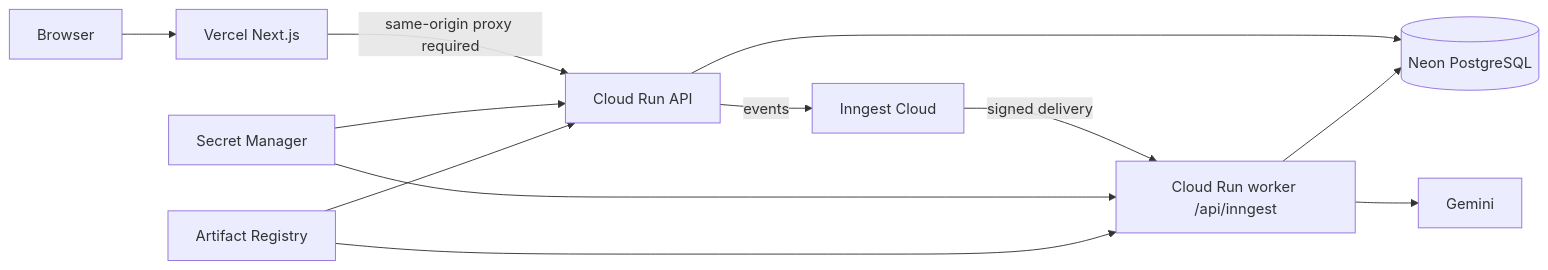
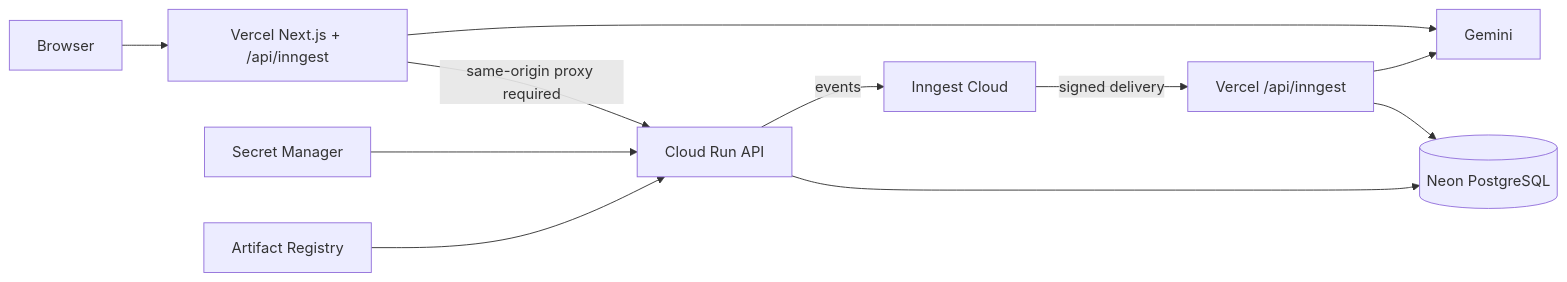
Before and after one commit to kartikey2004-git/BookLeaf: the first of 2 diagrams in docs/deployment/production-deployment-guide.md, drawn with Mermaid. The commit also changed other lines of this file and 13 other files, not shown here.

First line of the commit message:
refactor(jobs): retire worker-era artifacts after serverless migration

````diff
--- a/docs/deployment/production-deployment-guide.md
+++ b/docs/deployment/production-deployment-guide.md
@@ -15,14 +15,13 @@
 ```mermaid
 flowchart LR
-  Browser --> Web[Vercel Next.js]
+  Browser --> Web[Vercel Next.js + /api/inngest]
   Web -->|same-origin proxy required| API[Cloud Run API]
   API --> Neon[(Neon PostgreSQL)]
   API -->|events| Inngest[Inngest Cloud]
-  Inngest -->|signed delivery| Worker[Cloud Run worker /api/inngest]
-  Worker --> Neon
-  Worker --> Gemini[Gemini]
+  Inngest -->|signed delivery| Jobs[Vercel /api/inngest]
+  Jobs --> Neon
+  Jobs --> Gemini[Gemini]
   Secrets[Secret Manager] --> API
-  Secrets --> Worker
+  Web --> Gemini
   Registry[Artifact Registry] --> API
-  Registry --> Worker
 ```
````
